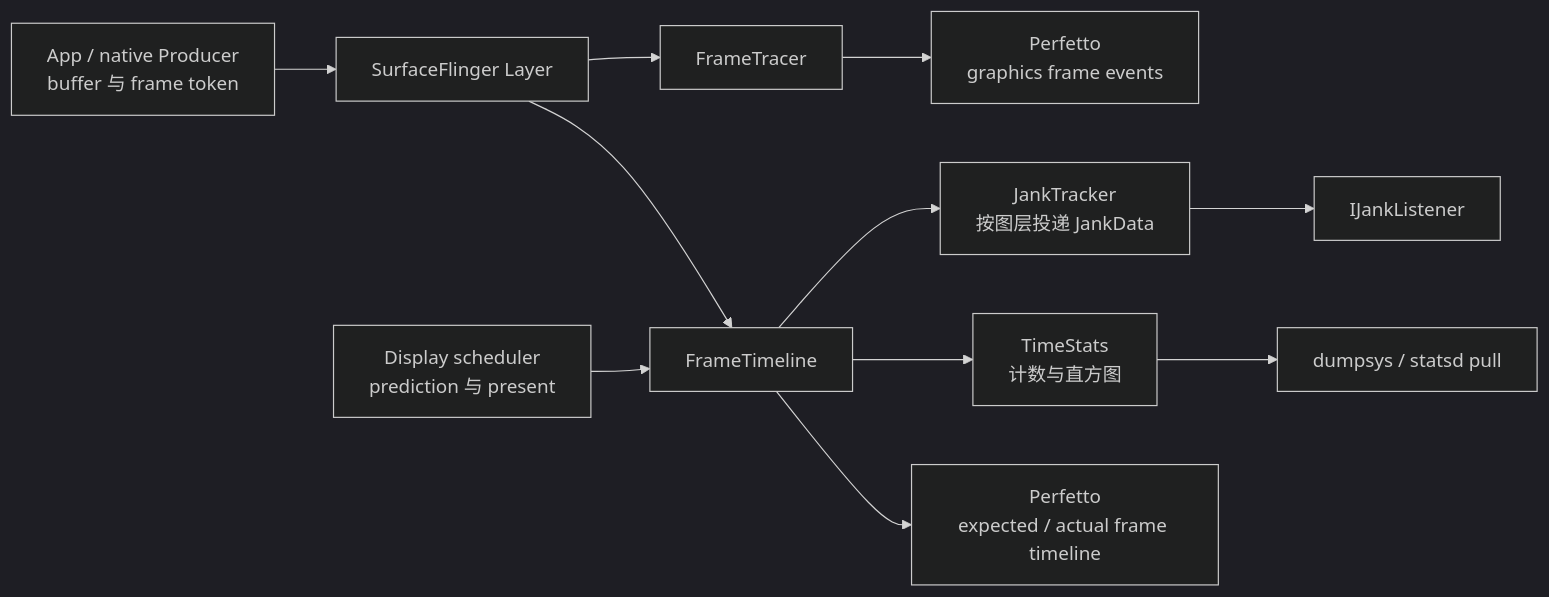
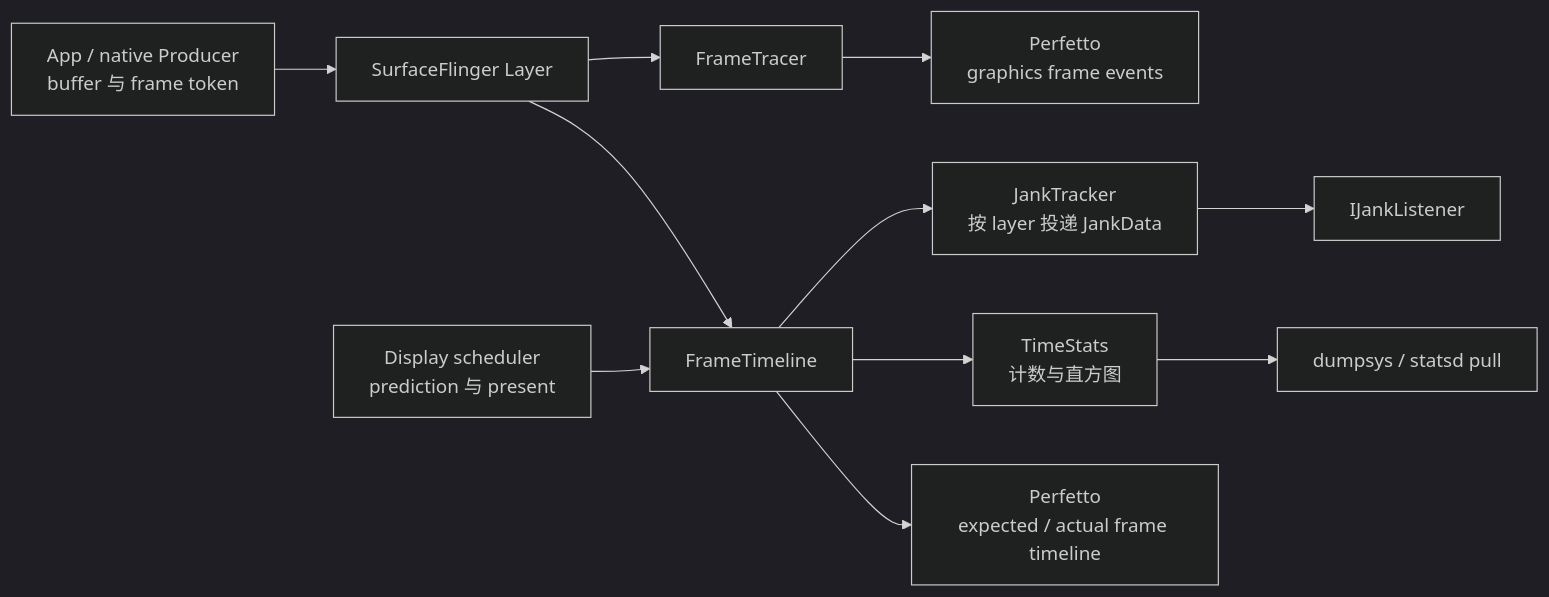
Before and after one commit to Gracker/android-internals-wiki: the diagram in src/part1-fundamentals/ch02-rendering/2.52-android17-gpu-debug-performance-tools.md, drawn with Mermaid (dark theme). The commit also changed other lines of this file and 4 other files, not shown here.

````diff
--- a/src/part1-fundamentals/ch02-rendering/2.52-android17-gpu-debug-performance-tools.md
+++ b/src/part1-fundamentals/ch02-rendering/2.52-android17-gpu-debug-performance-tools.md
@@ -67,13 +67,13 @@
 ```mermaid
 flowchart LR
     A["App / native Producer<br/>buffer 与 frame token"] --> L["SurfaceFlinger Layer"]
     D["Display scheduler<br/>prediction 与 present"] --> FT["FrameTimeline"]
     L --> FT
     L --> FR["FrameTracer"]
     FT --> P1["Perfetto<br/>expected / actual frame timeline"]
     FR --> P2["Perfetto<br/>graphics frame events"]
     FT --> TS["TimeStats<br/>计数与直方图"]
-    FT --> JT["JankTracker<br/>按图层投递 JankData"]
+    FT --> JT["JankTracker<br/>按 layer 投递 JankData"]
     TS --> DS["dumpsys / statsd pull"]
     JT --> JL["IJankListener"]
 ```
````
